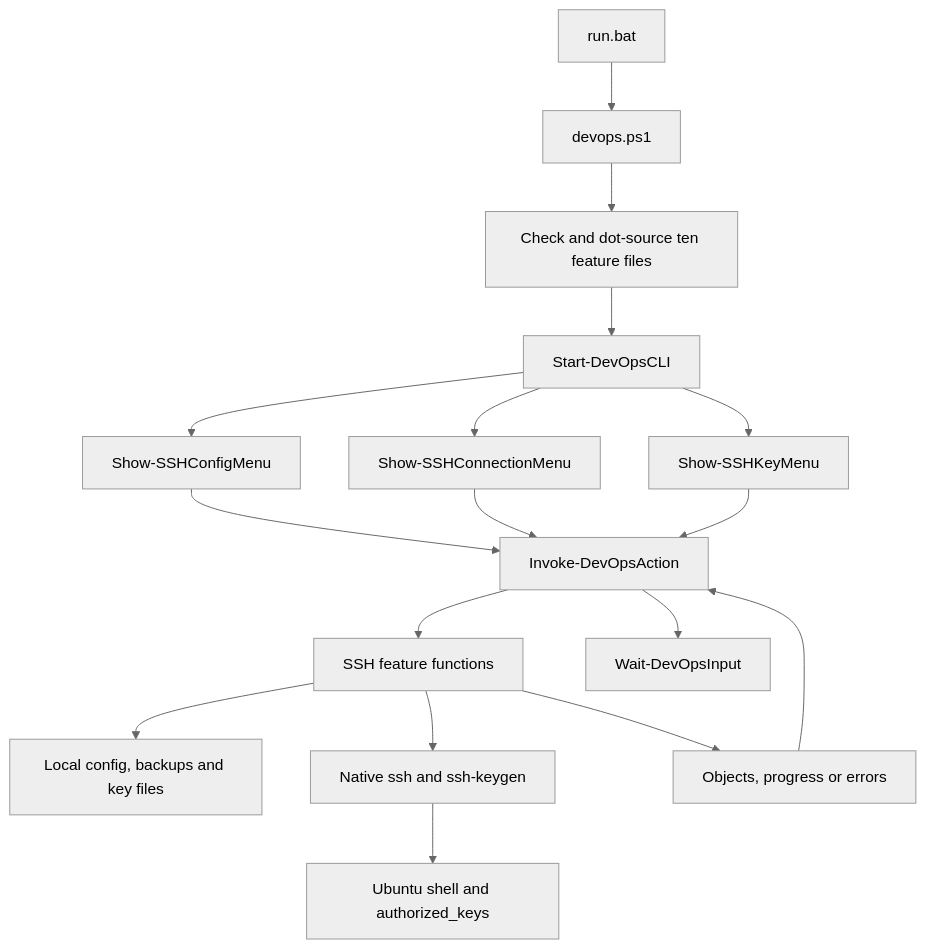
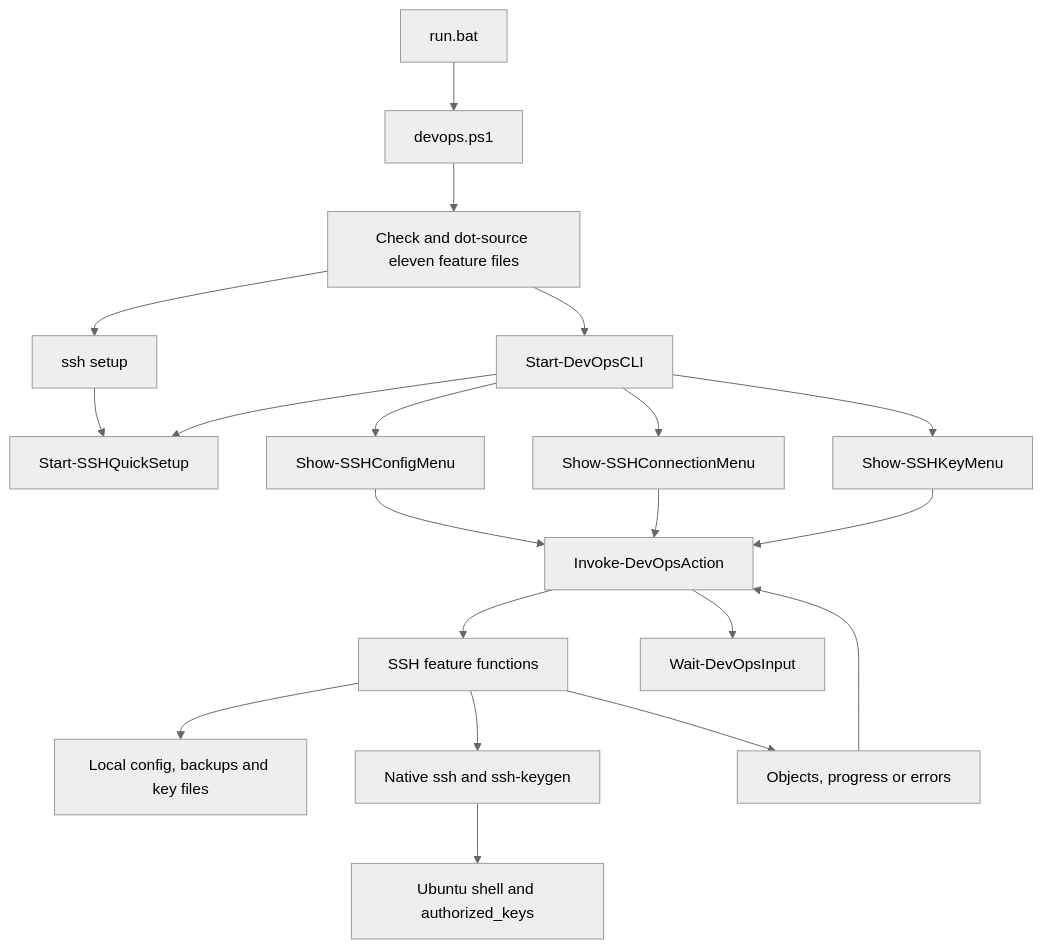
The diagram in docs/developer/architecture.md (Eqooid/devops-cli), drawn with Mermaid (neutral theme) before and after one commit. The commit also changed other lines of this file and 18 other files, not shown here.

First line of the commit message:
feat(ssh): add interactive SSH Quick Setup wizard

````diff
--- a/docs/developer/architecture.md
+++ b/docs/developer/architecture.md
@@ -22,19 +22,22 @@
 ```mermaid
 flowchart TD
     BAT[run.bat] --> ENTRY[devops.ps1]
-    ENTRY --> LOAD[Check and dot-source ten feature files]
+    ENTRY --> LOAD[Check and dot-source eleven feature files]
     LOAD --> MAIN[Start-DevOpsCLI]
+    LOAD --> COMMAND[ssh setup]
+    COMMAND --> SETUP[Start-SSHQuickSetup]
+    MAIN --> SETUP
     MAIN --> CONFIG[Show-SSHConfigMenu]
     MAIN --> CONNECTION[Show-SSHConnectionMenu]
     MAIN --> KEY[Show-SSHKeyMenu]
     CONFIG --> ACTION[Invoke-DevOpsAction]
     CONNECTION --> ACTION
     KEY --> ACTION
     ACTION --> FUNCTIONS[SSH feature functions]
     FUNCTIONS --> LOCAL[Local config, backups and key files]
     FUNCTIONS --> SSH[Native ssh and ssh-keygen]
     SSH --> REMOTE[Ubuntu shell and authorized_keys]
     FUNCTIONS --> OUTPUT[Objects, progress or errors]
     OUTPUT --> ACTION
     ACTION --> WAIT[Wait-DevOpsInput]
 ```
````
